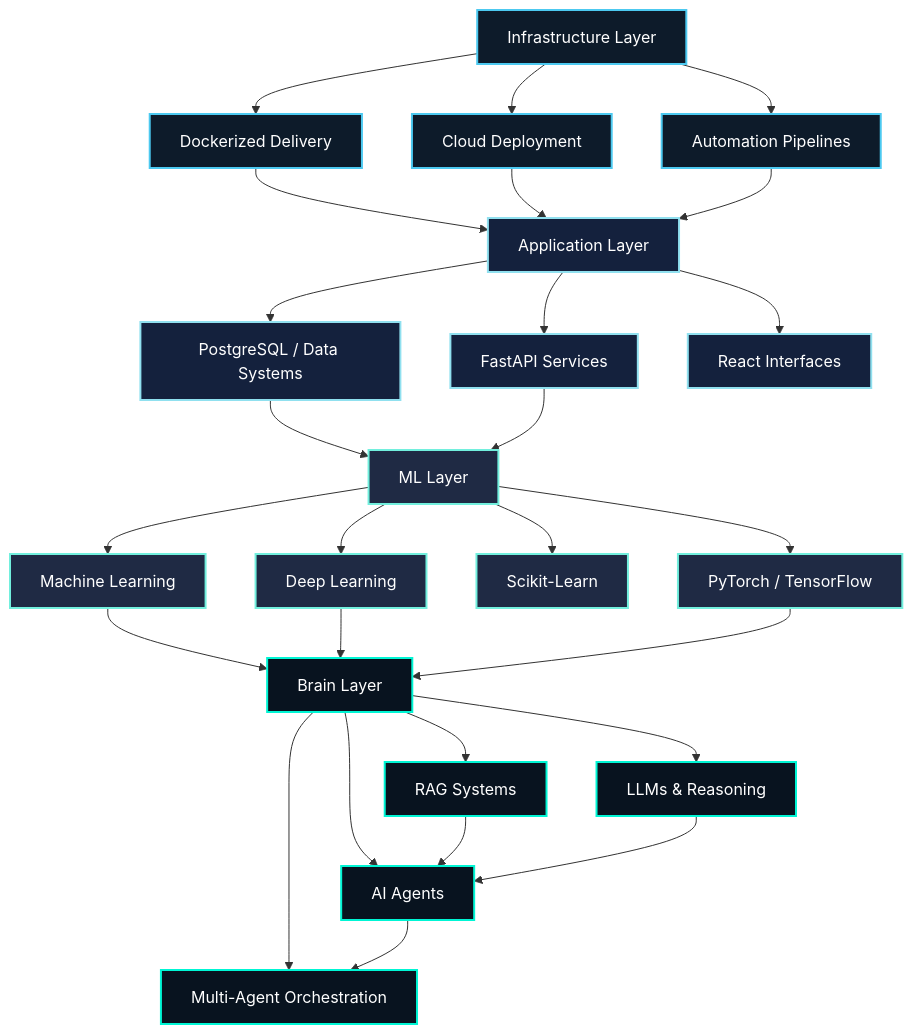
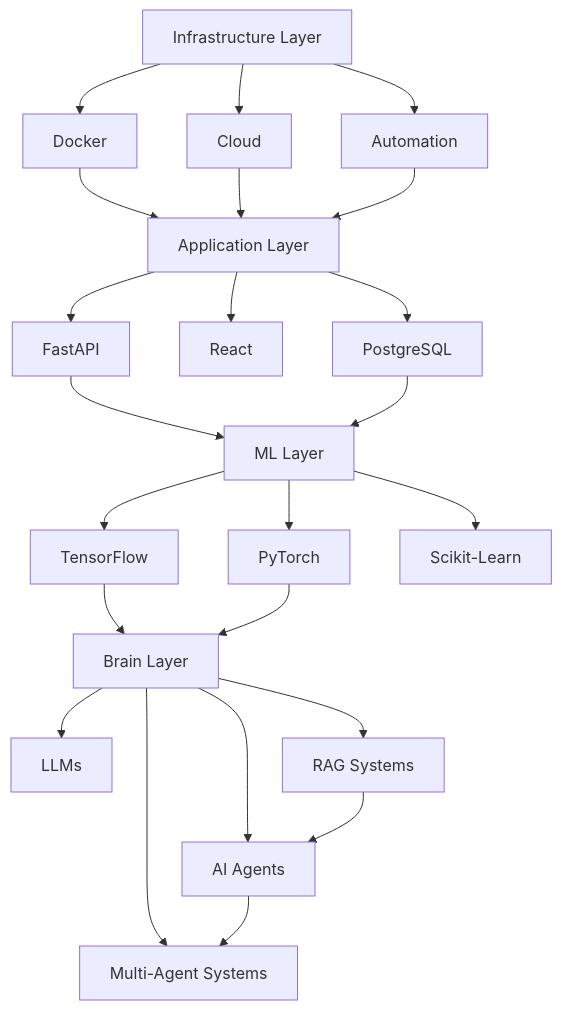
One commit to ravindrareddy17/ravindrareddy17 changed the first of 2 diagrams in README.md. Above: the diagram before and after it, drawn with Mermaid. The commit also changed other lines of this file and 3 other files, not shown here.

````diff
--- a/README.md
+++ b/README.md
@@ -74,63 +56,34 @@
 ```mermaid
 flowchart TB
-    L1["Infrastructure Layer"]
-    L2["Application Layer"]
-    L3["ML Layer"]
-    L4["Brain Layer"]
+    I["Infrastructure Layer"]
+    A["Application Layer"]
+    M["ML Layer"]
+    B["Brain Layer"]
 
-    D["Dockerized Delivery"]
-    C["Cloud Deployment"]
-    A["Automation Pipelines"]
-    P["PostgreSQL / Data Systems"]
-    F["FastAPI Services"]
-    R["React Interfaces"]
-    M["Machine Learning"]
-    DL["Deep Learning"]
-    SK["Scikit-Learn"]
-    PT["PyTorch / TensorFlow"]
-    LLM["LLMs & Reasoning"]
-    RG["RAG Systems"]
-    AG["AI Agents"]
-    MA["Multi-Agent Orchestration"]
+    I --> D["Docker"]
+    I --> C["Cloud"]
+    I --> AU["Automation"]
 
-    L1 --> D
-    L1 --> C
-    L1 --> A
-    D --> L2
-    C --> L2
-    A --> L2
+    A --> F["FastAPI"]
+    A --> R["React"]
+    A --> P["PostgreSQL"]
 
-    L2 --> P
-    L2 --> F
-    L2 --> R
-    P --> L3
-    F --> L3
+    M --> T["TensorFlow"]
+    M --> PT["PyTorch"]
+    M --> SK["Scikit-Learn"]
 
-    L3 --> M
-    L3 --> DL
-    L3 --> SK
-    L3 --> PT
+    B --> L["LLMs"]
+    B --> RG["RAG Systems"]
+    B --> AG["AI Agents"]
+    B --> MG["Multi-Agent Systems"]
 
-    M --> L4
-    DL --> L4
-    PT --> L4
-
-    L4 --> LLM
-    L4 --> RG
-    L4 --> AG
-    L4 --> MA
-
+    D --> A
+    C --> A
+    AU --> A
+    F --> M
+    P --> M
+    T --> B
+    PT --> B
     RG --> AG
-    LLM --> AG
-    AG --> MA
-
-    classDef infra fill:#0d1b2a,stroke:#4cc9f0,color:#ffffff,stroke-width:2px;
-    classDef app fill:#14213d,stroke:#90e0ef,color:#ffffff,stroke-width:2px;
-    classDef ml fill:#1f2a44,stroke:#72efdd,color:#ffffff,stroke-width:2px;
-    classDef brain fill:#08131f,stroke:#00f5d4,color:#ffffff,stroke-width:2px;
-
-    class L1,D,C,A infra;
-    class L2,P,F,R app;
-    class L3,M,DL,SK,PT ml;
-    class L4,LLM,RG,AG,MA brain;
+    AG --> MG
 ```
````
